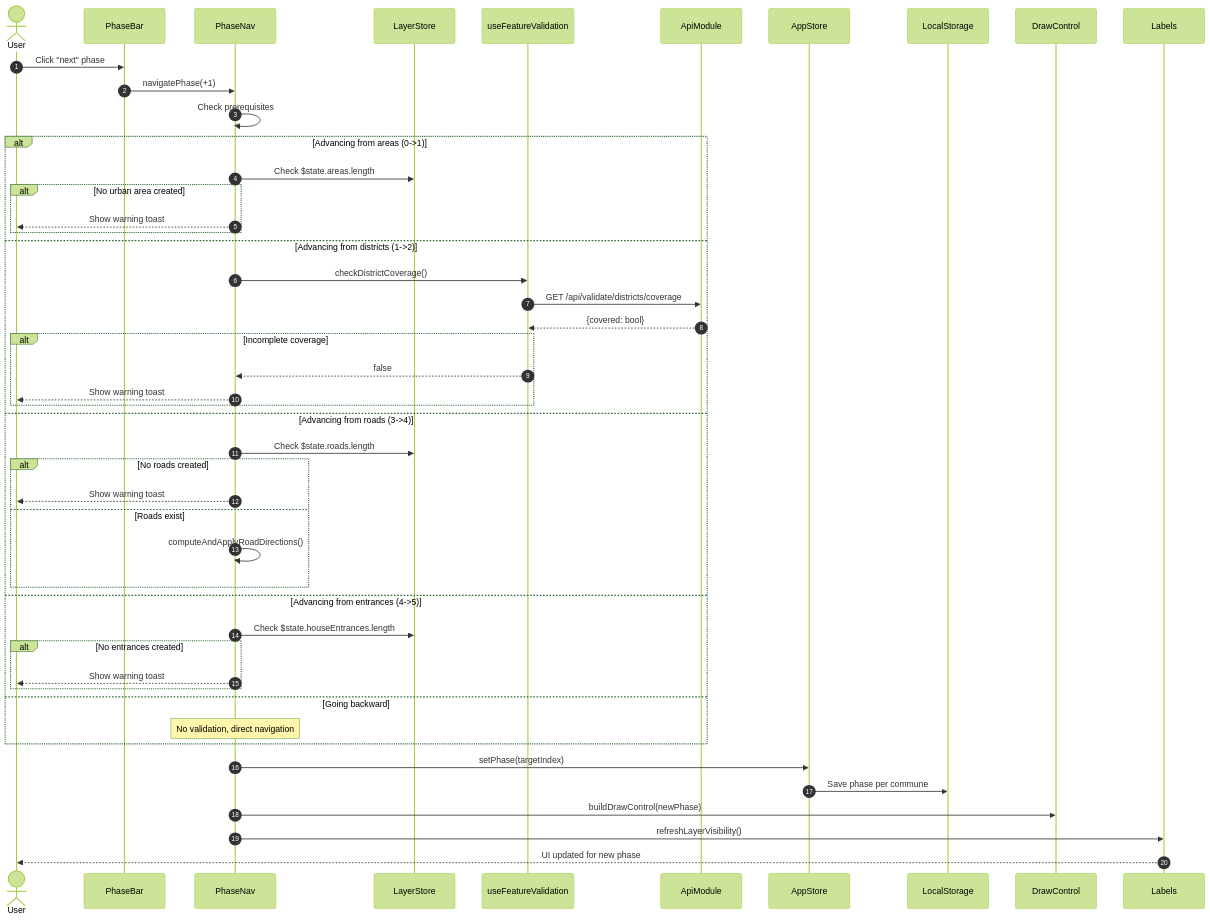
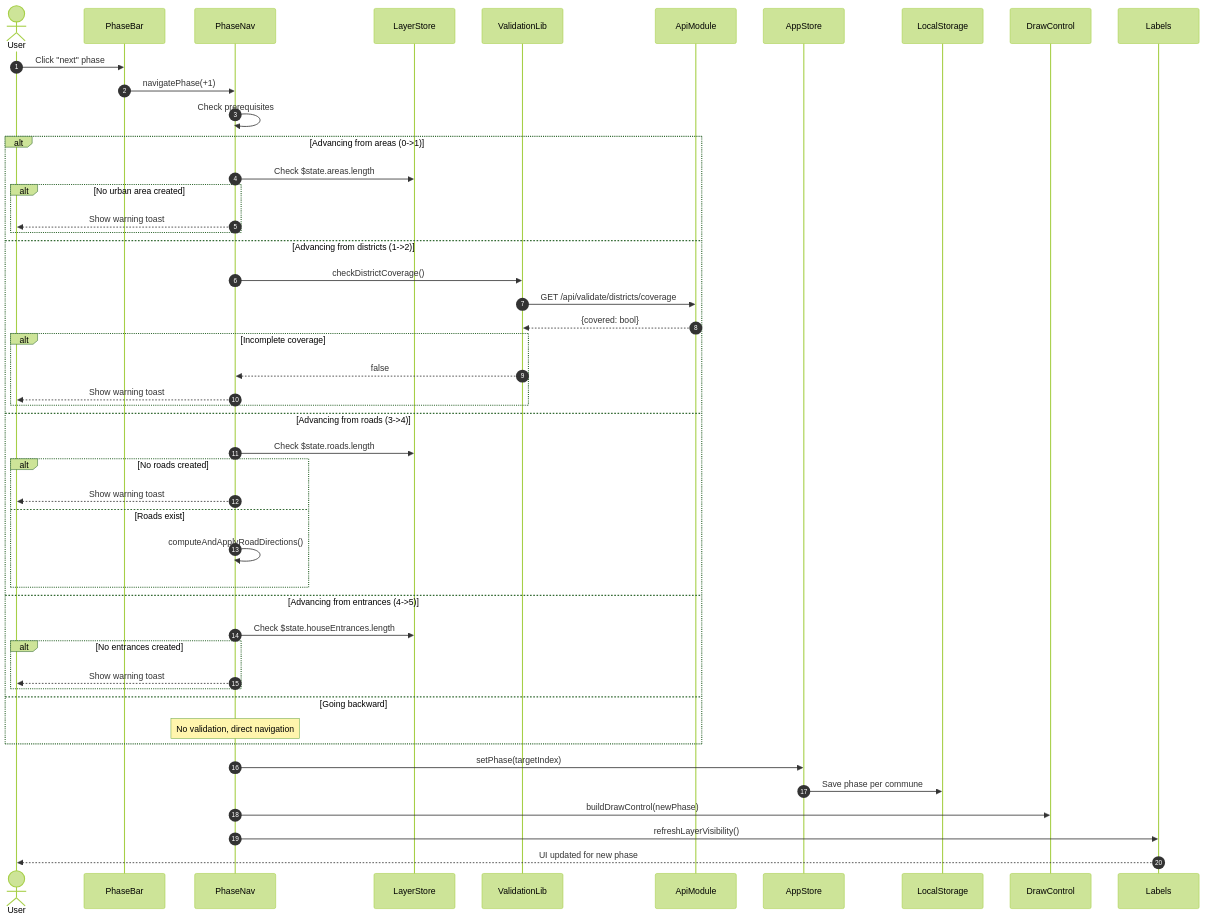
Before and after one commit to Zuhir-Benslama/NARS: the fourth of 6 diagrams in docs/uml/nars-vite-sequence-diagram.md, drawn with Mermaid (forest theme). The commit also changed other lines of this file and 43 other files, not shown here.

````diff
--- a/docs/uml/nars-vite-sequence-diagram.md
+++ b/docs/uml/nars-vite-sequence-diagram.md
@@ -194,54 +198,54 @@
 ```mermaid
 sequenceDiagram
     autonumber
     actor User
     participant PhaseBar
     participant PhaseNav
     participant LayerStore
-    participant useFeatureValidation
+    participant ValidationLib
     participant ApiModule
     participant AppStore
     participant LocalStorage
     participant DrawControl
     participant Labels
 
     User->>PhaseBar: Click "next" phase
     PhaseBar->>PhaseNav: navigatePhase(+1)
 
     PhaseNav->>PhaseNav: Check prerequisites
 
     alt Advancing from areas (0->1)
         PhaseNav->>LayerStore: Check $state.areas.length
         alt No urban area created
             PhaseNav-->>User: Show warning toast
         end
     else Advancing from districts (1->2)
-        PhaseNav->>useFeatureValidation: checkDistrictCoverage()
-        useFeatureValidation->>ApiModule: GET /api/validate/districts/coverage
-        ApiModule-->>useFeatureValidation: {covered: bool}
+        PhaseNav->>ValidationLib: checkDistrictCoverage()
+        ValidationLib->>ApiModule: GET /api/validate/districts/coverage
+        ApiModule-->>ValidationLib: {covered: bool}
         alt Incomplete coverage
-            useFeatureValidation-->>PhaseNav: false
+            ValidationLib-->>PhaseNav: false
             PhaseNav-->>User: Show warning toast
         end
     else Advancing from roads (3->4)
         PhaseNav->>LayerStore: Check $state.roads.length
         alt No roads created
             PhaseNav-->>User: Show warning toast
         else Roads exist
             PhaseNav->>PhaseNav: computeAndApplyRoadDirections()
         end
     else Advancing from entrances (4->5)
         PhaseNav->>LayerStore: Check $state.houseEntrances.length
         alt No entrances created
             PhaseNav-->>User: Show warning toast
         end
     else Going backward
         Note over PhaseNav: No validation, direct navigation
     end
 
     PhaseNav->>AppStore: setPhase(targetIndex)
     AppStore->>LocalStorage: Save phase per commune
     PhaseNav->>DrawControl: buildDrawControl(newPhase)
     PhaseNav->>Labels: refreshLayerVisibility()
     Labels-->>User: UI updated for new phase
 ```
````
